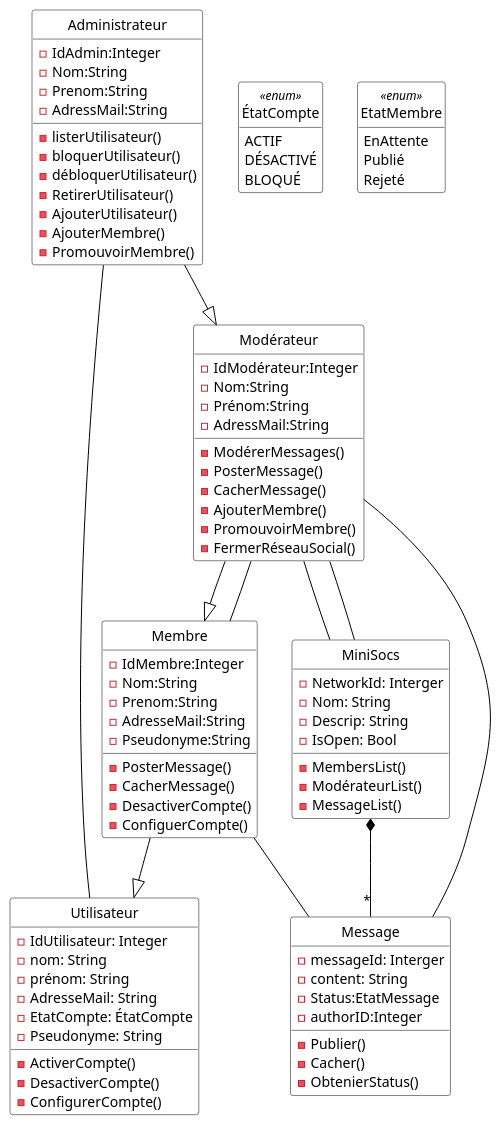
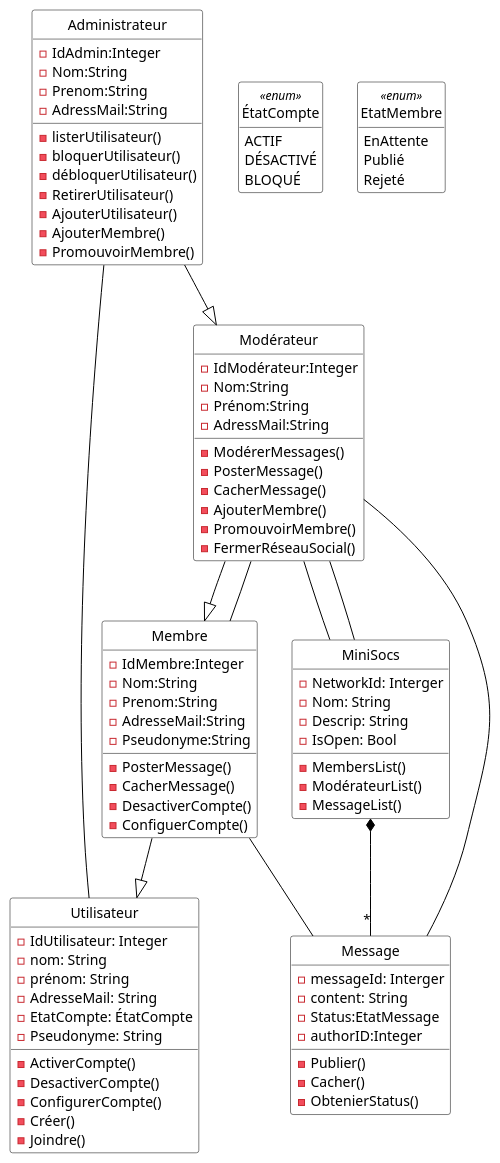
One commit to yesminete/MiniSocs changed the diagram in Diagrammes/minisocs_uml_diag_classes_sans_notif.pu. Above: the diagram before and after it, drawn with PlantUML. The commit also changed 9 other files, not shown here.

```diff
--- a/Diagrammes/minisocs_uml_diag_classes_sans_notif.pu
+++ b/Diagrammes/minisocs_uml_diag_classes_sans_notif.pu
@@ -1,117 +1,119 @@
 @startuml
 
 'Diagramme de classes (PlantUML)'
 
 'Configuration charte graphique'
 hide empty methods
 hide circle
 skinparam class {
   BackgroundColor White
   ArrowColor Black
   BorderColor Black
 }
 
 'Classes, énumérations, etc.'
 class MiniSocs {
   -NetworkId: Interger
   -Nom: String
   -Descrip: String
   -IsOpen: Bool
   -MembersList()
   -ModérateurList()
   -MessageList()
 }
 
 
 class Utilisateur {
   - IdUtilisateur: Integer
   - nom: String
   - prénom: String
   - AdresseMail: String
   -EtatCompte: ÉtatCompte
   -Pseudonyme: String
   -ActiverCompte()
   -DesactiverCompte()
   -ConfigurerCompte()
+  -Créer()
+  -Joindre()
 }
 
 
 class Membre{
   -IdMembre:Integer
   -Nom:String
   -Prenom:String
   -AdresseMail:String
   - Pseudonyme:String
   -PosterMessage()
   -CacherMessage()
   -DesactiverCompte()
   -ConfiguerCompte()
 }
 
 
 class Administrateur{
   -IdAdmin:Integer
   -Nom:String
   -Prenom:String
   -AdressMail:String
   -listerUtilisateur()
   -bloquerUtilisateur()
   -débloquerUtilisateur()
   -RetirerUtilisateur()
   -AjouterUtilisateur()
   -AjouterMembre()
   -PromouvoirMembre()
 }
 class Modérateur {
   -IdModérateur:Integer
   -Nom:String
   -Prénom:String
   -AdressMail:String
   -ModérerMessages()
   -PosterMessage()
   -CacherMessage()
   -AjouterMembre()
   -PromouvoirMembre()
   -FermerRéseauSocial()
   
 }
 
 class Message{
   -messageId: Interger
   -content: String
   -Status:EtatMessage
   -authorID:Integer
   -Publier()
   -Cacher()
   -ObtenierStatus()
 }
 
 enum ÉtatCompte <<enum>> {
   ACTIF
   DÉSACTIVÉ
   BLOQUÉ
 }
 
 enum EtatMembre <<enum>>{
   EnAttente
   Publié
   Rejeté
 }
 
 'Associations, etc.'
 
 Administrateur--|> Modérateur
 Administrateur-- Utilisateur
 Membre --|> Utilisateur 
 Modérateur --|> Membre
 Modérateur--Membre
 Modérateur--MiniSocs
 Membre-- Message
 Modérateur--Message
 Modérateur--MiniSocs
 MiniSocs*--"*" Message
 
 
 'Au besoin, aides pour le positionnement'
 
 @enduml
```
